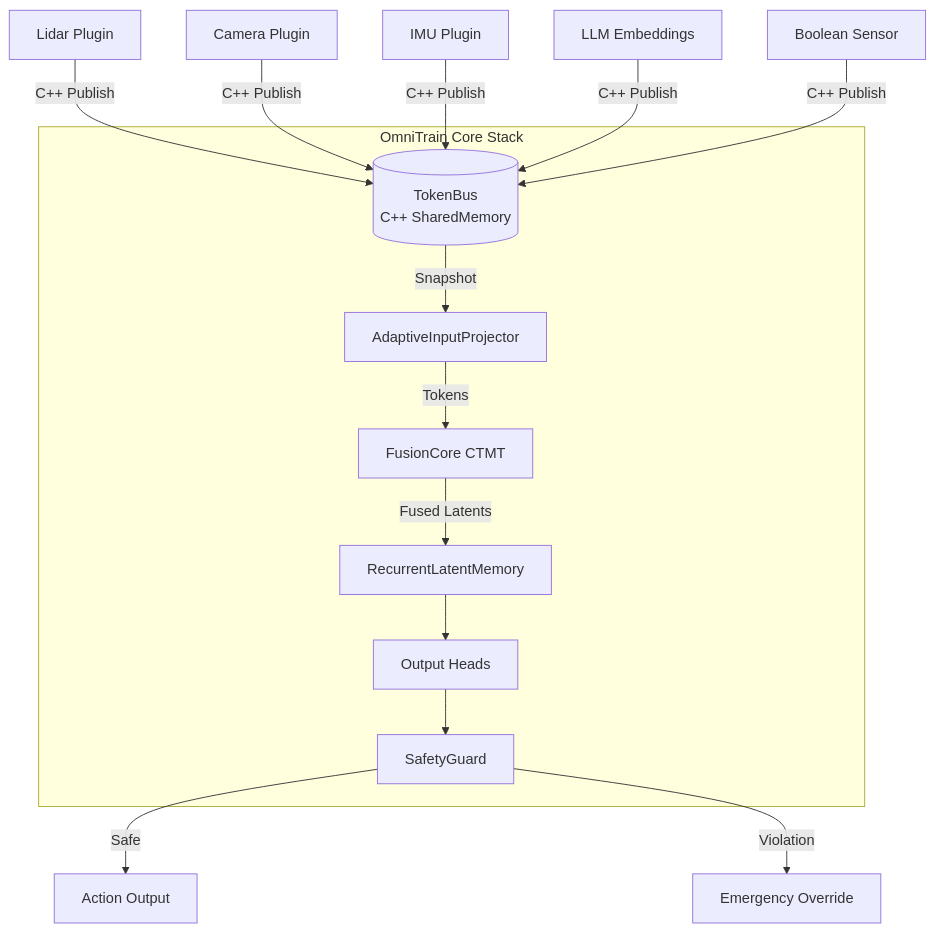
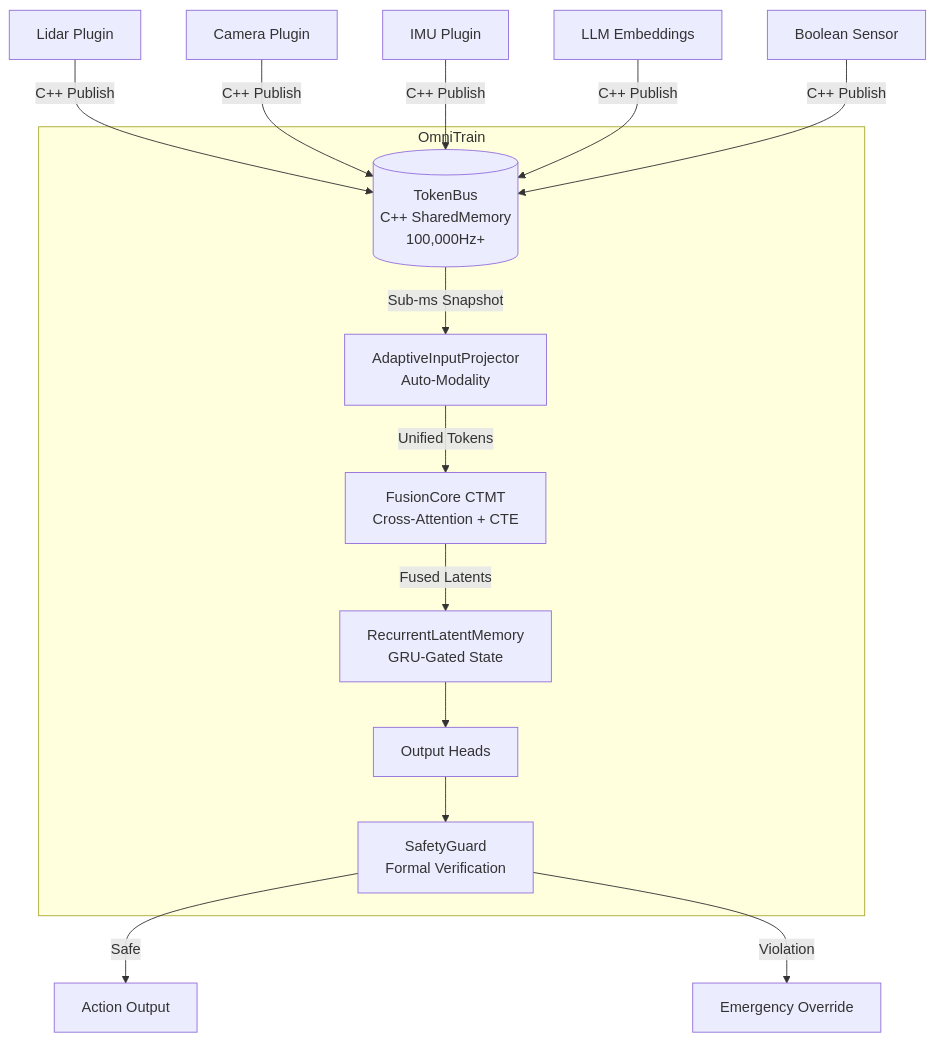
Before and after one commit to Mrmyms/Omnitrain: the diagram in docs/DETAILS.md, drawn with Mermaid. The commit also changed other lines of this file and 7 other files, not shown here.

````diff
--- a/docs/DETAILS.md
+++ b/docs/DETAILS.md
@@ -11,26 +11,26 @@
 ```mermaid
 graph TD
-    S1[Lidar Plugin] -->|C++ Publish| TB[(TokenBus<br>C++ SharedMemory)]
-    S2[Camera Plugin] -->|C++ Publish| TB
-    S3[IMU Plugin] -->|C++ Publish| TB
-    S4[LLM Embeddings] -->|C++ Publish| TB
-    S5[Boolean Sensor] -->|C++ Publish| TB
+    S1[ Lidar Plugin] -->|C++ Publish| TB[(TokenBus<br>C++ SharedMemory<br>100,000Hz+)]
+    S2[ Camera Plugin] -->|C++ Publish| TB
+    S3[ IMU Plugin] -->|C++ Publish| TB
+    S4[ LLM Embeddings] -->|C++ Publish| TB
+    S5[ Boolean Sensor] -->|C++ Publish| TB
 
-    TB -->|Snapshot| AIP[AdaptiveInputProjector]
-    AIP -->|Tokens| FC[FusionCore CTMT]
-    FC -->|Fused Latents| RLM[RecurrentLatentMemory]
+    TB -->|Sub-ms Snapshot| AIP[AdaptiveInputProjector<br>Auto-Modality]
+    AIP -->|Unified Tokens| FC[FusionCore CTMT<br>Cross-Attention + CTE]
+    FC -->|Fused Latents| RLM[RecurrentLatentMemory<br>GRU-Gated State]
     RLM --> OH[Output Heads]
-    OH --> SG[SafetyGuard]
+    OH --> SG[SafetyGuard<br>Formal Verification]
     
     SG -->|Safe| ACT[Action Output]
     SG -->|Violation| EMR[Emergency Override]
     
-    subgraph "OmniTrain Core Stack"
+    subgraph "OmniTrain"
         TB
         AIP
         FC
         RLM
         OH
         SG
     end
 ```
````
